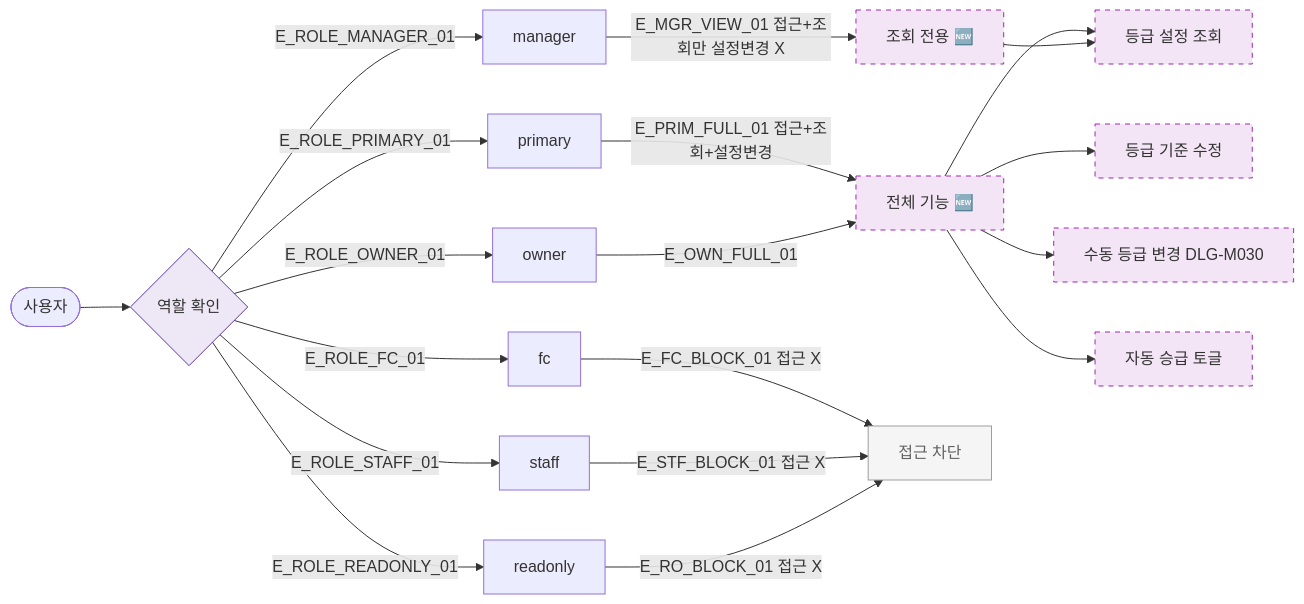
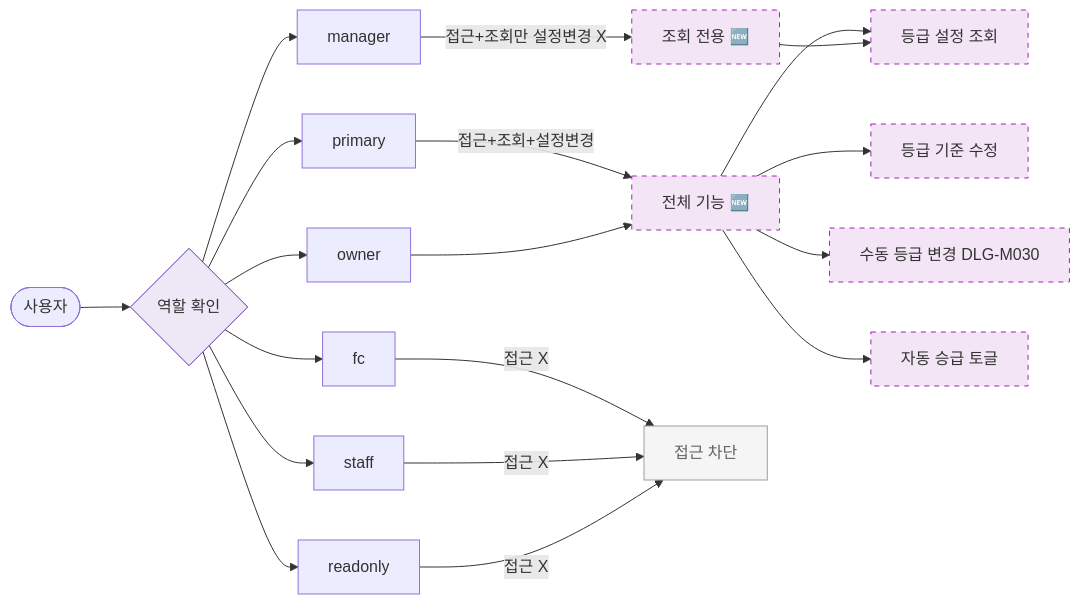
One commit to dev-spogym/admin-pando changed the diagram in docs/다이어그램/D02_회원관리/SCR-M009_등급관리/F7_권한분기.md. Above: the diagram before and after it, drawn with Mermaid. The commit also changed other lines of this file and 1660 other files, not shown here.

First line of the commit message:
다이어그램: 기획자/클라이언트 납품본으로 정리

````diff
--- a/docs/다이어그램/D02_회원관리/SCR-M009_등급관리/F7_권한분기.md
+++ b/docs/다이어그램/D02_회원관리/SCR-M009_등급관리/F7_권한분기.md
@@ -22,37 +20,37 @@
 ```mermaid
 flowchart LR
   USER([사용자])
   USER --> ROLE{역할 확인}
 
-  ROLE -->|E_ROLE_PRIMARY_01| PRIM[primary]
-  ROLE -->|E_ROLE_OWNER_01| OWN[owner]
-  ROLE -->|E_ROLE_MANAGER_01| MGR[manager]
-  ROLE -->|E_ROLE_FC_01| FC[fc]
-  ROLE -->|E_ROLE_STAFF_01| STF[staff]
-  ROLE -->|E_ROLE_READONLY_01| RO[readonly]
+  ROLE --> PRIM[primary]
+  ROLE --> OWN[owner]
+  ROLE --> MGR[manager]
+  ROLE --> FC[fc]
+  ROLE --> STF[staff]
+  ROLE --> RO[readonly]
 
-  PRIM -->|E_PRIM_FULL_01 접근+조회+설정변경| FULL[전체 기능 🆕]
-  OWN  -->|E_OWN_FULL_01| FULL
+  PRIM -->|접근+조회+설정변경|FULL[전체 기능 🆕]
+  OWN --> FULL
 
-  MGR  -->|E_MGR_VIEW_01 접근+조회만 설정변경 X| VIEW[조회 전용 🆕]
+  MGR -->|접근+조회만 설정변경 X|VIEW[조회 전용 🆕]
 
-  FC   -->|E_FC_BLOCK_01 접근 X| BLOCKED[접근 차단]
-  STF  -->|E_STF_BLOCK_01 접근 X| BLOCKED
-  RO   -->|E_RO_BLOCK_01 접근 X| BLOCKED
+  FC -->|접근 X|BLOCKED[접근 차단]
+  STF -->|접근 X|BLOCKED
+  RO -->|접근 X|BLOCKED
 
   FULL --> ACT_VIEW[등급 설정 조회]
   FULL --> ACT_EDIT[등급 기준 수정]
   FULL --> ACT_MANUAL[수동 등급 변경 DLG-M030]
   FULL --> ACT_TOGGLE[자동 승급 토글]
 
   VIEW --> ACT_VIEW
 
-  classDef newFeature  fill:#F3E5F5,stroke:#9C27B0,stroke-dasharray:5 5
+  classDef newFeature fill:#F3E5F5,stroke:#9C27B0,stroke-dasharray:5 5
   classDef rbacBlocked fill:#F5F5F5,stroke:#9E9E9E,color:#616161
-  classDef screen      fill:#E3F2FD,stroke:#1976D2,color:#0D47A1
-  classDef system      fill:#EDE7F6,stroke:#5E35B2
+  classDef screen fill:#E3F2FD,stroke:#1976D2,color:#0D47A1
+  classDef system fill:#EDE7F6,stroke:#5E35B2
 
   class FULL,VIEW,ACT_VIEW,ACT_EDIT,ACT_MANUAL,ACT_TOGGLE newFeature
   class BLOCKED rbacBlocked
   class ROLE system
 ```
````
